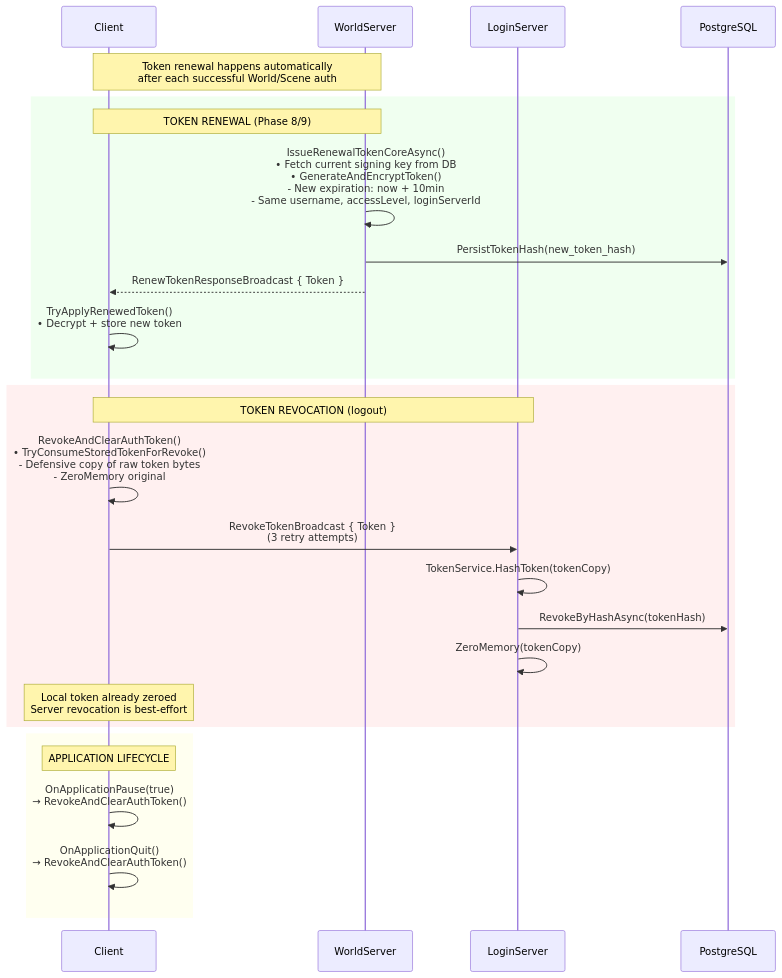
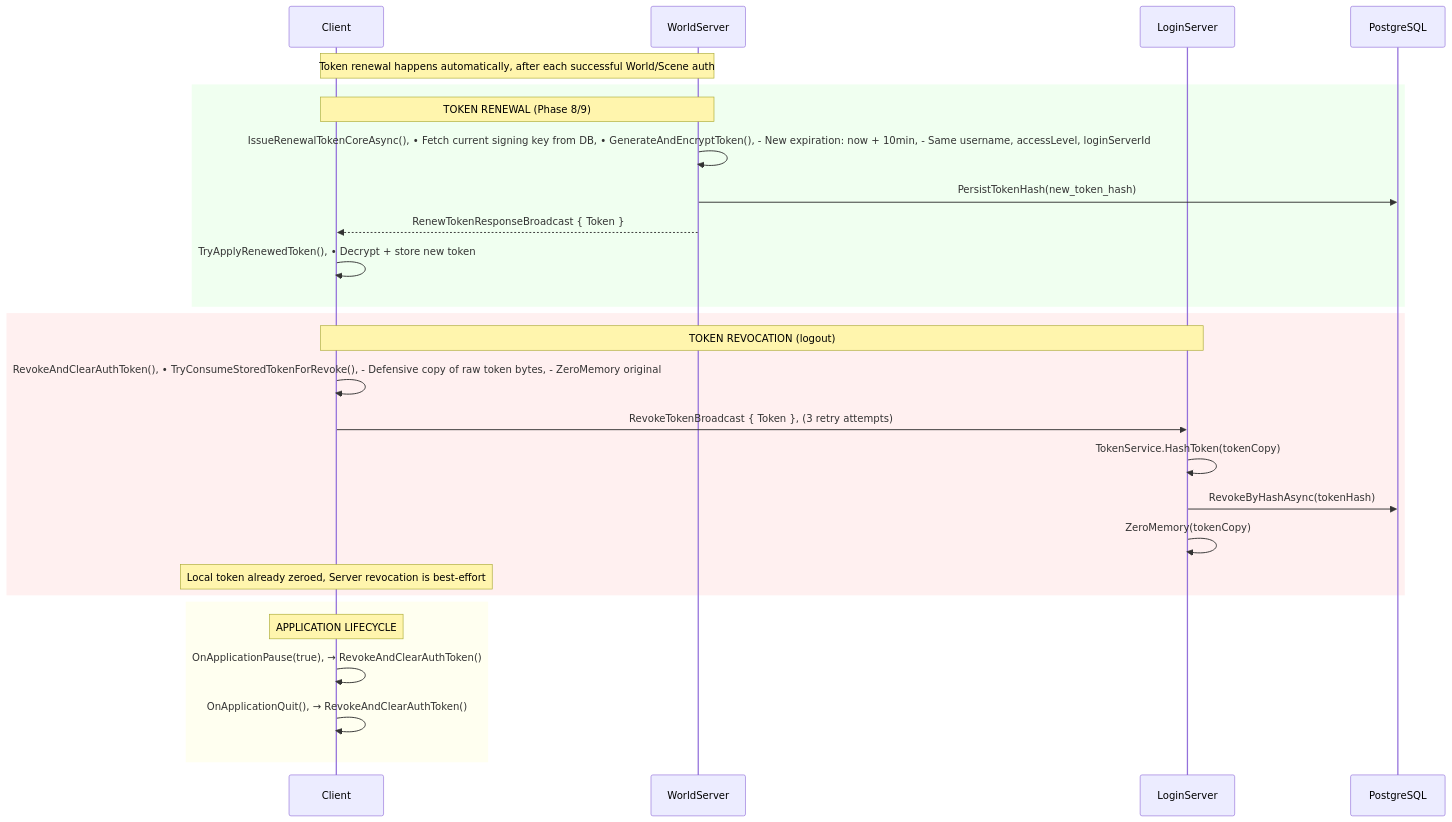
Before and after one commit to jimdroberts/FishMMO: the tenth of 11 diagrams in CONNECTION_PIPELINE.md, drawn with Mermaid. The commit also changed other lines of this file, not shown here.

````diff
--- a/CONNECTION_PIPELINE.md
+++ b/CONNECTION_PIPELINE.md
@@ -445,33 +445,33 @@
 ```mermaid
 sequenceDiagram
     participant Client as Client
     participant World as WorldServer
     participant Login as LoginServer
     participant DB as PostgreSQL
 
-    Note over Client,World: Token renewal happens automatically<br/>after each successful World/Scene auth
+    Note over Client,World: Token renewal happens automatically, after each successful World/Scene auth
 
     rect rgb(240, 255, 240)
         Note over Client,World: TOKEN RENEWAL (Phase 8/9)
-        World->>World: IssueRenewalTokenCoreAsync()<br/>• Fetch current signing key from DB<br/>• GenerateAndEncryptToken()<br/>  - New expiration: now + 10min<br/>  - Same username, accessLevel, loginServerId
+        World->>World: IssueRenewalTokenCoreAsync(), • Fetch current signing key from DB, • GenerateAndEncryptToken(),   - New expiration: now + 10min,   - Same username, accessLevel, loginServerId
         World->>DB: PersistTokenHash(new_token_hash)
         World-->>Client: RenewTokenResponseBroadcast { Token }
-        Client->>Client: TryApplyRenewedToken()<br/>• Decrypt + store new token
+        Client->>Client: TryApplyRenewedToken(), • Decrypt + store new token
     end
 
     rect rgb(255, 240, 240)
         Note over Client,Login: TOKEN REVOCATION (logout)
-        Client->>Client: RevokeAndClearAuthToken()<br/>• TryConsumeStoredTokenForRevoke()<br/>  - Defensive copy of raw token bytes<br/>  - ZeroMemory original
-        Client->>Login: RevokeTokenBroadcast { Token }<br/>(3 retry attempts)
+        Client->>Client: RevokeAndClearAuthToken(), • TryConsumeStoredTokenForRevoke(),   - Defensive copy of raw token bytes,   - ZeroMemory original
+        Client->>Login: RevokeTokenBroadcast { Token }, (3 retry attempts)
         Login->>Login: TokenService.HashToken(tokenCopy)
         Login->>DB: RevokeByHashAsync(tokenHash)
         Login->>Login: ZeroMemory(tokenCopy)
-        Note over Client: Local token already zeroed<br/>Server revocation is best-effort
+        Note over Client: Local token already zeroed, Server revocation is best-effort
     end
 
     rect rgb(255, 255, 240)
         Note over Client: APPLICATION LIFECYCLE
-        Client->>Client: OnApplicationPause(true)<br/>→ RevokeAndClearAuthToken()
-        Client->>Client: OnApplicationQuit()<br/>→ RevokeAndClearAuthToken()
+        Client->>Client: OnApplicationPause(true), → RevokeAndClearAuthToken()
+        Client->>Client: OnApplicationQuit(), → RevokeAndClearAuthToken()
     end
 ```
````
